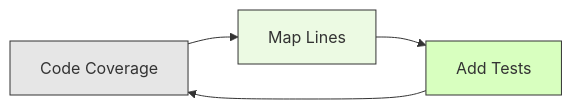
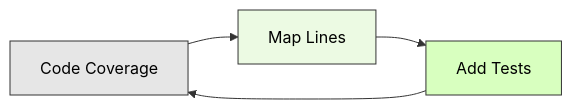
Before and after one commit to oppia/oppia-android: the third of 8 diagrams in wiki/Writing-tests-with-good-behavioral-coverage.md, drawn with Mermaid. The commit also changed other lines of this file, not shown here.

Commit message:
Setting the text color for the graphs to black as they weren't visible with dark mode

````diff
--- a/wiki/Writing-tests-with-good-behavioral-coverage.md
+++ b/wiki/Writing-tests-with-good-behavioral-coverage.md
@@ -994,10 +994,10 @@
 ```mermaid
 graph LR
     A[Code Coverage] --> B[Map Lines]
     B --> C[Add Tests]
     C --> A
 
-    style A fill:#e6e6e6,stroke:#333,stroke-width:1px
-    style B fill:#ecfae3,stroke:#333,stroke-width:1px
-    style C fill:#d8ffbf,stroke:#333,stroke-width:1px
+    style A fill:#e6e6e6,stroke:#333,stroke-width:1px,color:#000000
+    style B fill:#ecfae3,stroke:#333,stroke-width:1px,color:#000000
+    style C fill:#d8ffbf,stroke:#333,stroke-width:1px,color:#000000
 ```
````
